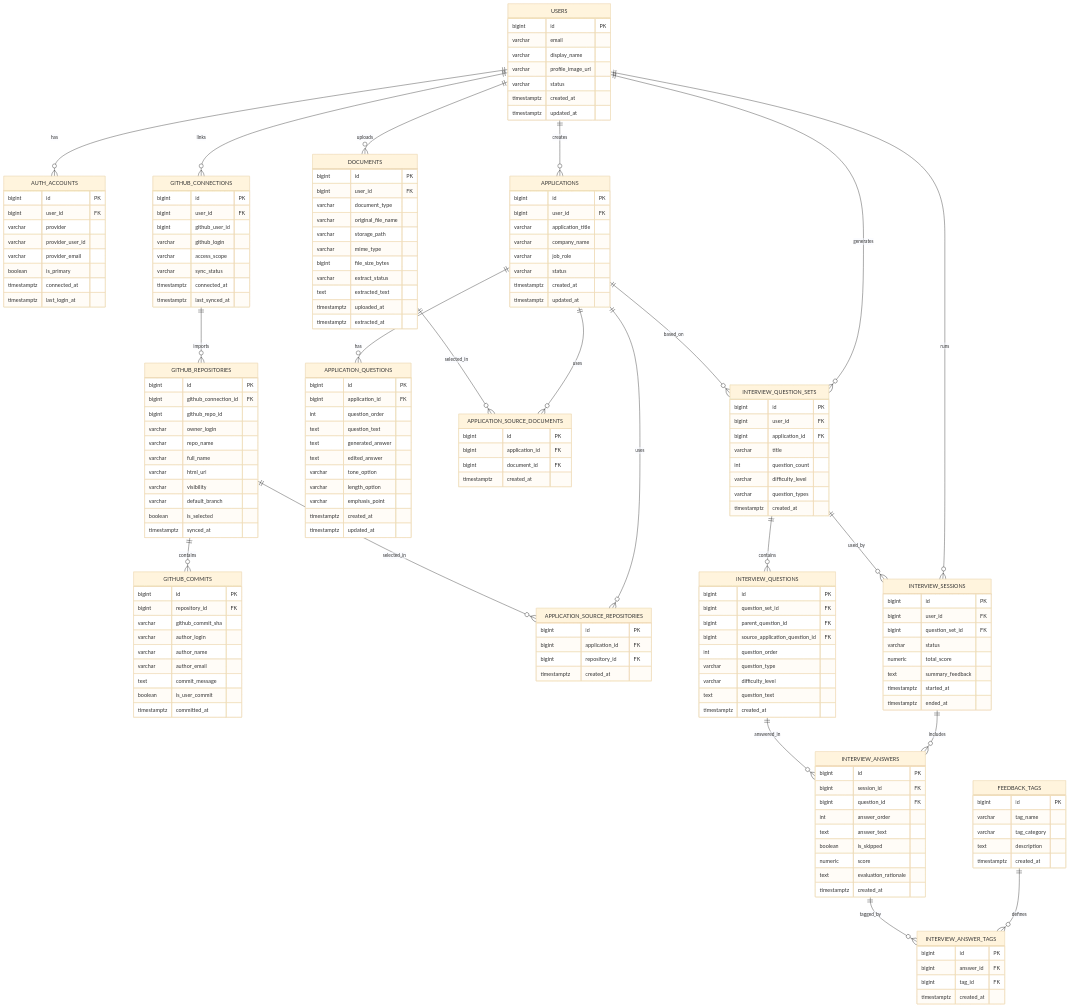
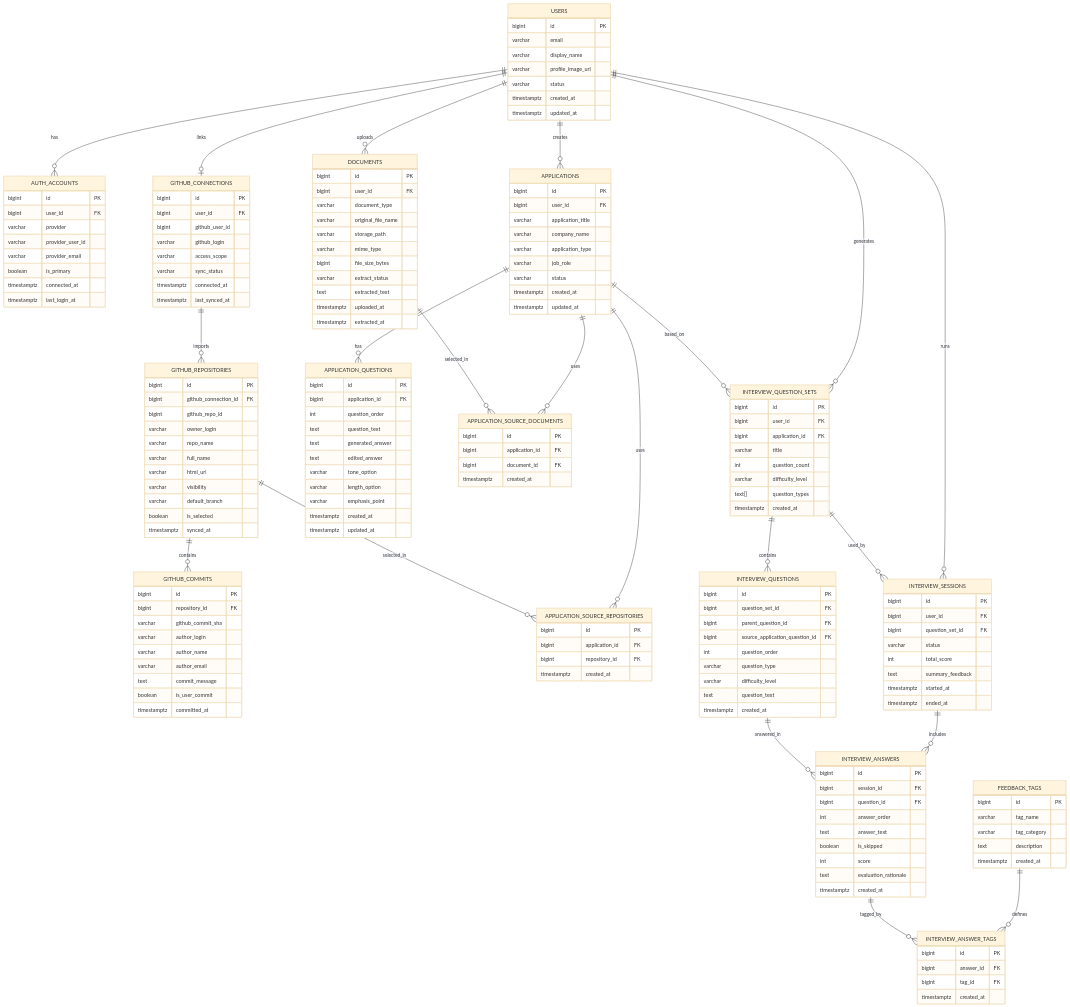
The diagram in docs/db/erd.md (prgrms-be-devcourse/NBE8-10-final-Team02), drawn with Mermaid (base theme) before and after one commit. The commit also changed other lines of this file and 42 other files, not shown here.

Commit message:
feat: initialize schema and entities

````diff
--- a/docs/db/erd.md
+++ b/docs/db/erd.md
@@ -50,7 +50,7 @@
 ```mermaid
 erDiagram
     USERS ||--o{ AUTH_ACCOUNTS : has
-    USERS ||--o{ GITHUB_CONNECTIONS : links
+    USERS ||--o| GITHUB_CONNECTIONS : links
     GITHUB_CONNECTIONS ||--o{ GITHUB_REPOSITORIES : imports
     GITHUB_REPOSITORIES ||--o{ GITHUB_COMMITS : contains
     USERS ||--o{ DOCUMENTS : uploads
@@ -151,6 +151,7 @@
         bigint user_id FK
         varchar application_title
         varchar company_name
+        varchar application_type
         varchar job_role
         varchar status
         timestamptz created_at
@@ -192,7 +193,7 @@
         varchar title
         int question_count
         varchar difficulty_level
-        varchar question_types
+        text[] question_types
         timestamptz created_at
     }
 
@@ -213,7 +214,7 @@
         bigint user_id FK
         bigint question_set_id FK
         varchar status
-        numeric total_score
+        int total_score
         text summary_feedback
         timestamptz started_at
         timestamptz ended_at
@@ -226,7 +227,7 @@
         int answer_order
         text answer_text
         boolean is_skipped
-        numeric score
+        int score
         text evaluation_rationale
         timestamptz created_at
     }
````
